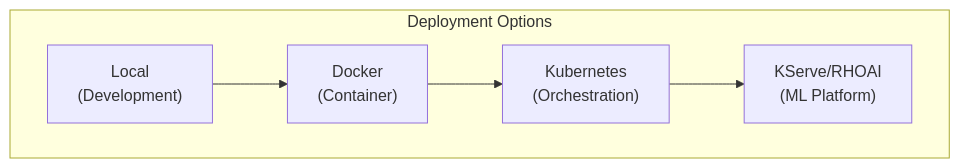
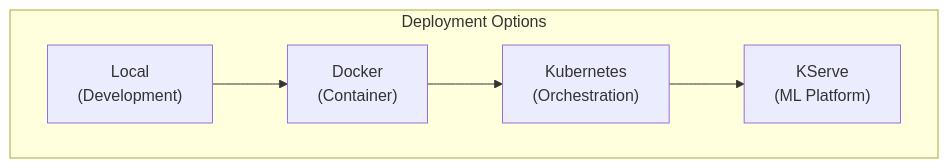
The first of 12 diagrams in docs/dev-doc/09-deployment.md (mwaykole/vdiff), drawn with Mermaid before and after one commit. The commit also changed other lines of this file and 107 other files, not shown here.

````diff
--- a/docs/dev-doc/09-deployment.md
+++ b/docs/dev-doc/09-deployment.md
@@ -7,11 +7,11 @@
 ```mermaid
 flowchart TB
     subgraph Options["Deployment Options"]
         LOCAL["Local<br/>(Development)"]
         DOCKER["Docker<br/>(Container)"]
         K8S["Kubernetes<br/>(Orchestration)"]
-        KSERVE["KServe/RHOAI<br/>(ML Platform)"]
+        KSERVE["KServe<br/>(ML Platform)"]
     end
     
     LOCAL --> DOCKER --> K8S --> KSERVE
 ```
````
